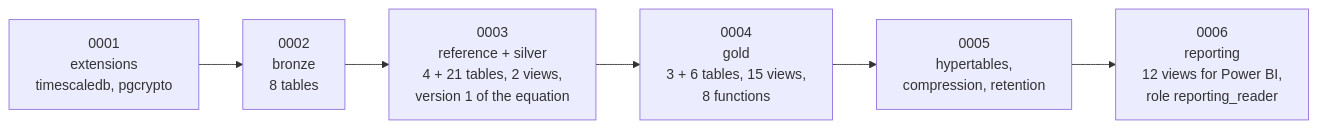
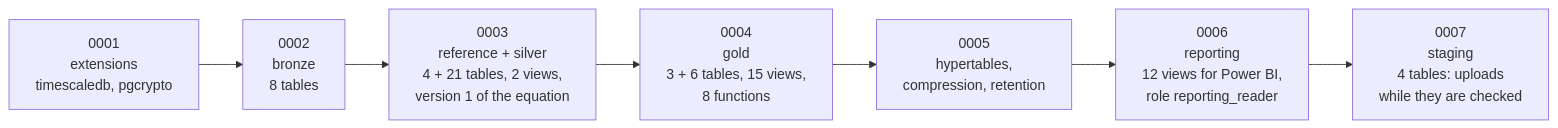
One commit to juanpablocarrillohortua/clarios_app changed diagram 11 of 12 in docs/database_overview.md. Above: the diagram before and after it, drawn with Mermaid. The commit also changed other lines of this file and 86 other files, not shown here.

````diff
--- a/docs/database_overview.md
+++ b/docs/database_overview.md
@@ -753,10 +818,11 @@
 ```mermaid
 flowchart LR
     m1["0001<br/>extensions<br/>timescaledb, pgcrypto"]
     m2["0002<br/>bronze<br/>8 tables"]
     m3["0003<br/>reference + silver<br/>4 + 21 tables, 2 views,<br/>version 1 of the equation"]
     m4["0004<br/>gold<br/>3 + 6 tables, 15 views,<br/>8 functions"]
     m5["0005<br/>hypertables,<br/>compression, retention"]
     m6["0006<br/>reporting<br/>12 views for Power BI,<br/>role reporting_reader"]
-    m1 --> m2 --> m3 --> m4 --> m5 --> m6
+    m7["0007<br/>staging<br/>4 tables: uploads<br/>while they are checked"]
+    m1 --> m2 --> m3 --> m4 --> m5 --> m6 --> m7
 ```
````
